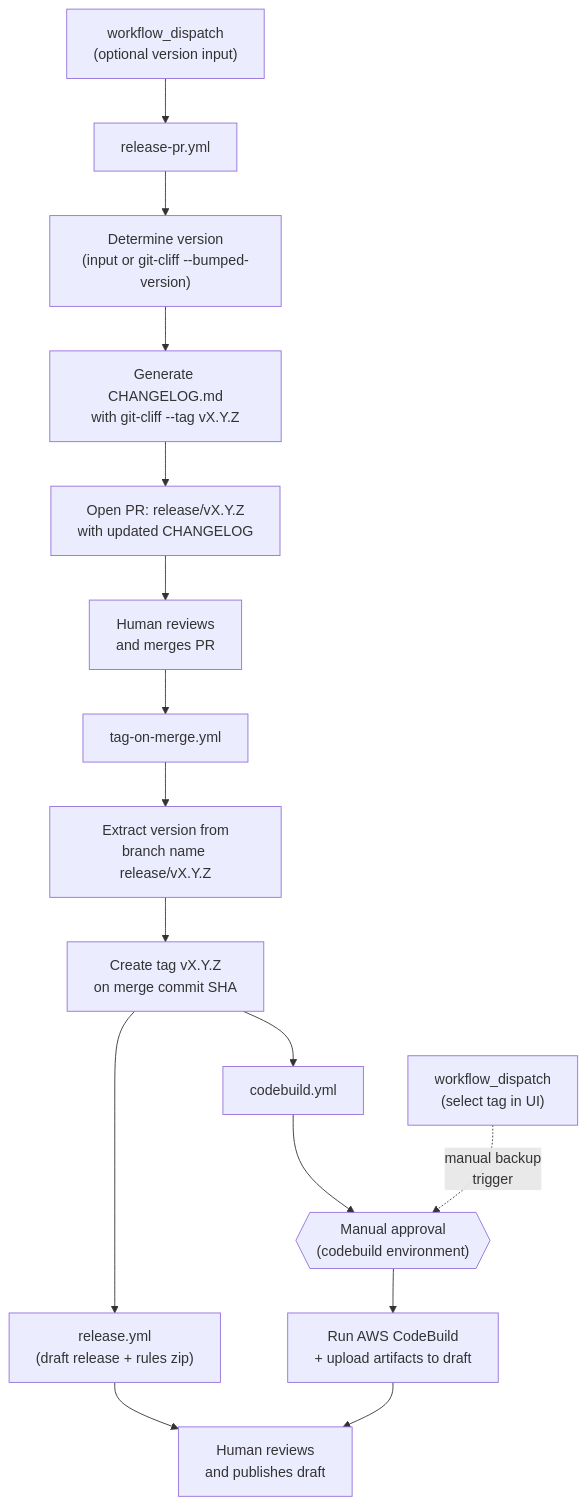
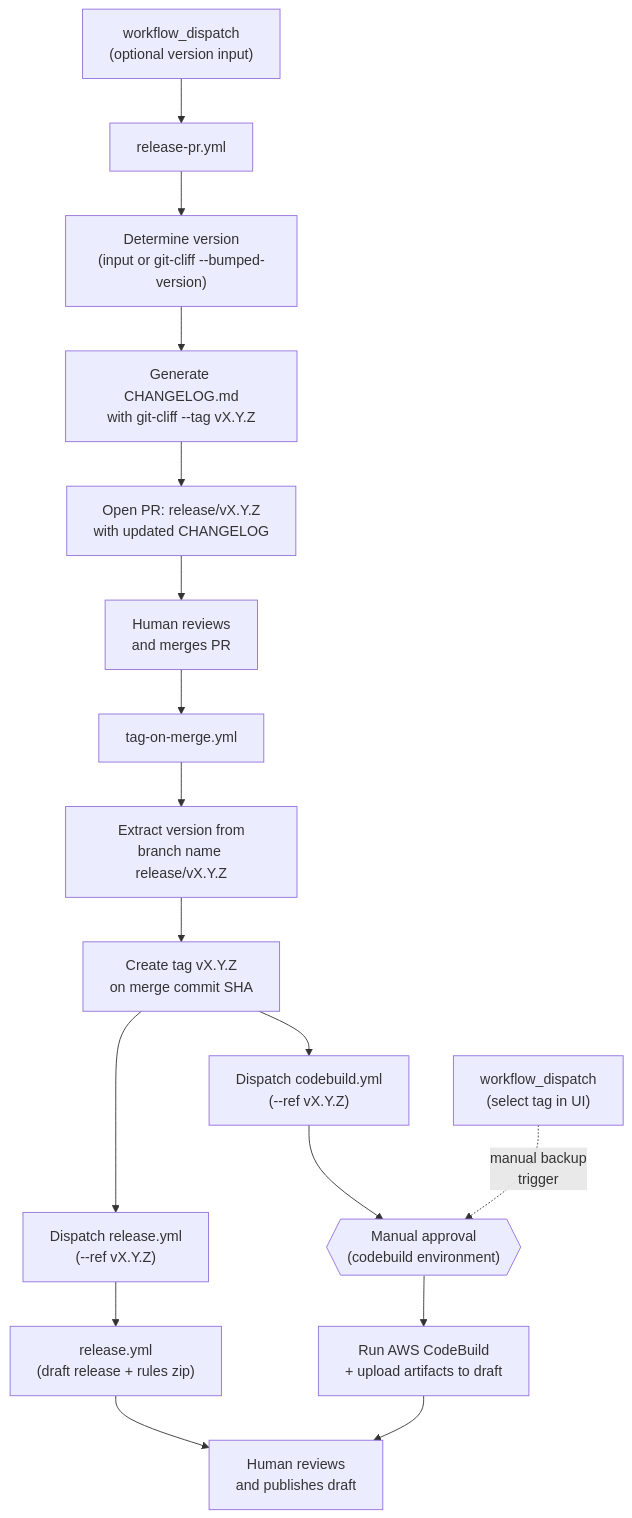
One commit to scottschreckengaust/aidlc-workflows changed the first of 2 diagrams in docs/ADMINISTRATIVE_GUIDE.md. Above: the diagram before and after it, drawn with Mermaid. The commit also changed other lines of this file and 3 other files, not shown here.

First line of the commit message:
Add release artifacts (#3)

````diff
--- a/docs/ADMINISTRATIVE_GUIDE.md
+++ b/docs/ADMINISTRATIVE_GUIDE.md
@@ -70,23 +70,25 @@
 ```mermaid
 flowchart TD
     A["workflow_dispatch\n(optional version input)"] --> B["release-pr.yml"]
     B --> C["Determine version\n(input or git-cliff --bumped-version)"]
     C --> D["Generate CHANGELOG.md\nwith git-cliff --tag vX.Y.Z"]
     D --> E["Open PR: release/vX.Y.Z\nwith updated CHANGELOG"]
 
     E --> F["Human reviews\nand merges PR"]
 
     F --> G["tag-on-merge.yml"]
     G --> H["Extract version from\nbranch name release/vX.Y.Z"]
     H --> I["Create tag vX.Y.Z\non merge commit SHA"]
 
-    I --> J["release.yml\n(draft release + rules zip)"]
-    I --> K["codebuild.yml"]
-    K --> L{{"Manual approval\n(codebuild environment)"}}
-    L --> M["Run AWS CodeBuild\n+ upload artifacts to draft"]
+    I --> J["Dispatch release.yml\n(--ref vX.Y.Z)"]
+    I --> K["Dispatch codebuild.yml\n(--ref vX.Y.Z)"]
 
-    J --> N["Human reviews\nand publishes draft"]
-    M --> N
+    J --> L["release.yml\n(draft release + rules zip)"]
+    K --> M{{"Manual approval\n(codebuild environment)"}}
+    M --> O["Run AWS CodeBuild\n+ upload artifacts to draft"]
 
-    O["workflow_dispatch\n(select tag in UI)"] -.->|"manual backup\ntrigger"| L
+    L --> N["Human reviews\nand publishes draft"]
+    O --> N
+
+    P["workflow_dispatch\n(select tag in UI)"] -.->|"manual backup\ntrigger"| M
 ```
````
